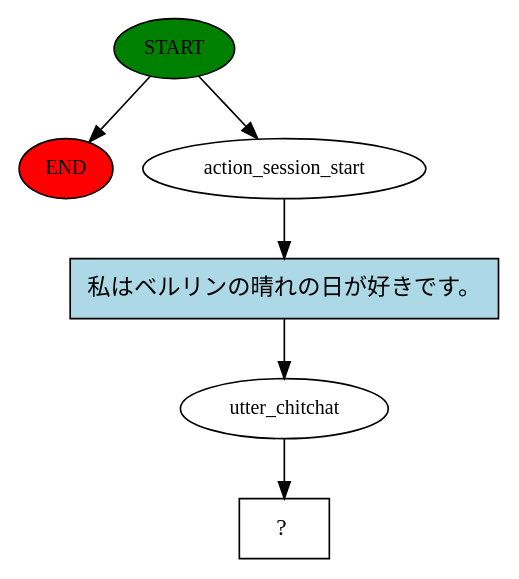
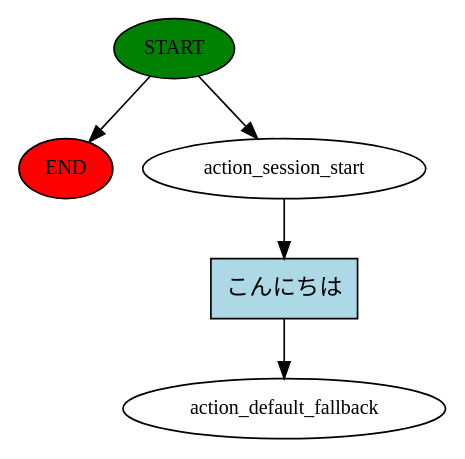
The diagram in FaqBotJa/story_graph.dot (shprintuzt/rasa), drawn with Graphviz before and after one commit. The commit also changed 22 other files, not shown here.

```diff
--- a/FaqBotJa/story_graph.dot
+++ b/FaqBotJa/story_graph.dot
@@ -1,13 +1,11 @@
 digraph  {
 0 [class="start active", fillcolor=green, fontsize=12, label=START, style=filled];
 "-1" [class=end, fillcolor=red, fontsize=12, label=END, style=filled];
 1 [class=active, fontsize=12, label=action_session_start];
-2 [class=active, fontsize=12, label=utter_chitchat];
-3 [class="intent dashed active", label="  ?  ", shape=rect];
-4 [class="intent active", fillcolor=lightblue, label="私はベルリンの晴れの日が好きです。", shape=rect, style=filled];
+2 [class="dashed active", fontsize=12, label=action_default_fallback];
+3 [class="intent active", fillcolor=lightblue, label="こんにちは", shape=rect, style=filled];
 0 -> "-1"  [class="", key=NONE, label=""];
 0 -> 1  [class=active, key=NONE, label=""];
-1 -> 4  [class=active, key=0];
-2 -> 3  [class=active, key=NONE, label=""];
-4 -> 2  [class=active, key=0];
+1 -> 3  [class=active, key=0];
+3 -> 2  [class=active, key=0];
 }
```
